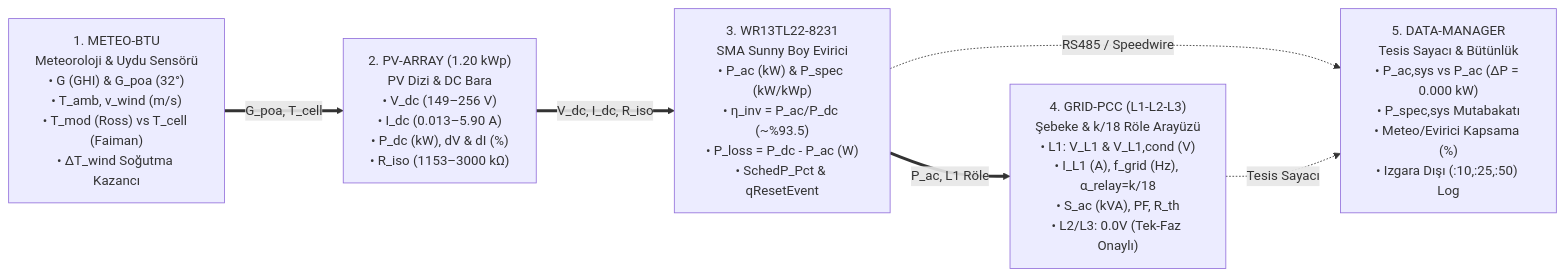
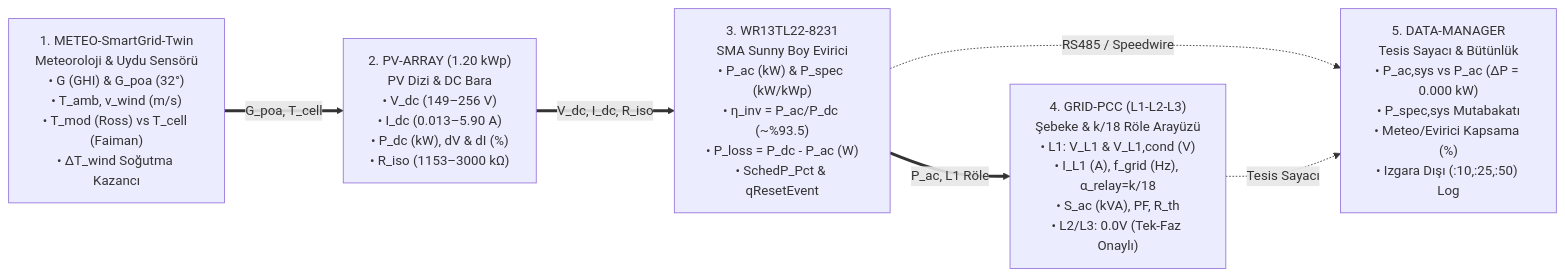
The second of 2 diagrams in docs/04_Dashboard_UI_Web_LLM_Ajan_ve_Test_Mimarisi.md (dogukankilinc/SmartGrid-Twin), drawn with Mermaid before and after one commit. The commit also changed other lines of this file and 32 other files, not shown here.

````diff
--- a/docs/04_Dashboard_UI_Web_LLM_Ajan_ve_Test_Mimarisi.md
+++ b/docs/04_Dashboard_UI_Web_LLM_Ajan_ve_Test_Mimarisi.md
@@ -82,14 +82,14 @@
 ```mermaid
 flowchart LR
-    N1["1. METEO-BTU\nMeteoroloji & Uydu Sensörü\n• G (GHI) & G_poa (32°)\n• T_amb, v_wind (m/s)\n• T_mod (Ross) vs T_cell (Faiman)\n• ΔT_wind Soğutma Kazancı"]
+    N1["1. METEO-SmartGrid-Twin\nMeteoroloji & Uydu Sensörü\n• G (GHI) & G_poa (32°)\n• T_amb, v_wind (m/s)\n• T_mod (Ross) vs T_cell (Faiman)\n• ΔT_wind Soğutma Kazancı"]
     N2["2. PV-ARRAY (1.20 kWp)\nPV Dizi & DC Bara\n• V_dc (149–256 V)\n• I_dc (0.013–5.90 A)\n• P_dc (kW), dV & dI (%)\n• R_iso (1153–3000 kΩ)"]
     N3["3. WR13TL22-8231\nSMA Sunny Boy Evirici\n• P_ac (kW) & P_spec (kW/kWp)\n• η_inv = P_ac/P_dc (~%93.5)\n• P_loss = P_dc - P_ac (W)\n• SchedP_Pct & qResetEvent"]
     N4["4. GRID-PCC (L1-L2-L3)\nŞebeke & k/18 Röle Arayüzü\n• L1: V_L1 & V_L1,cond (V)\n• I_L1 (A), f_grid (Hz), α_relay=k/18\n• S_ac (kVA), PF, R_th\n• L2/L3: 0.0V (Tek-Faz Onaylı)"]
     N5["5. DATA-MANAGER\nTesis Sayacı & Bütünlük\n• P_ac,sys vs P_ac (ΔP = 0.000 kW)\n• P_spec,sys Mutabakatı\n• Meteo/Evirici Kapsama (%)\n• Izgara Dışı (:10,:25,:50) Log"]
 
     N1 == "G_poa, T_cell" ==> N2
     N2 == "V_dc, I_dc, R_iso" ==> N3
     N3 == "P_ac, L1 Röle" ==> N4
     N3 -. "RS485 / Speedwire" .-> N5
     N4 -. "Tesis Sayacı" .-> N5
 ```
````
